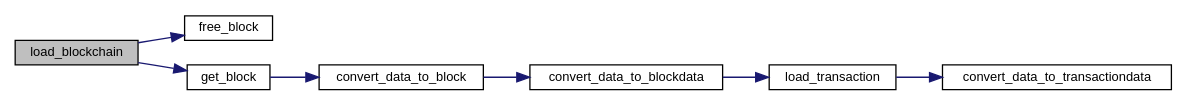
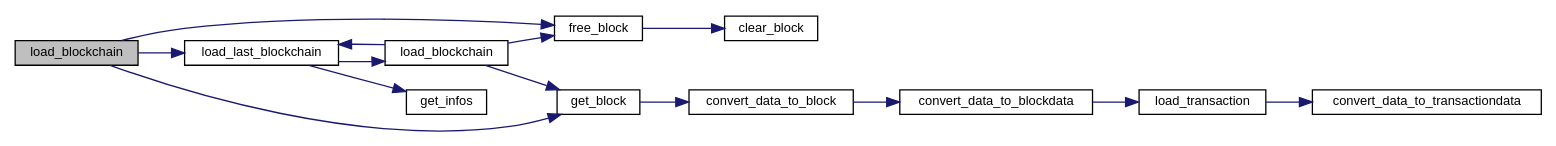
The diagram in docs/documentation/block_8h_a7acee00b67ed21663a5b05242acc822d_cgraph.dot (nathan-rabet/PEPITAS-Cryptocurrency), drawn with Graphviz before and after one commit. The commit also changed 1013 other files, not shown here.

```diff
--- a/docs/documentation/block_8h_a7acee00b67ed21663a5b05242acc822d_cgraph.dot
+++ b/docs/documentation/block_8h_a7acee00b67ed21663a5b05242acc822d_cgraph.dot
@@ -1,20 +1,31 @@
 digraph "load_blockchain"
 {
  // LATEX_PDF_SIZE
   edge [fontname="Helvetica",fontsize="10",labelfontname="Helvetica",labelfontsize="10"];
   node [fontname="Helvetica",fontsize="10",shape=record];
   rankdir="LR";
   Node1 [label="load_blockchain",height=0.2,width=0.4,color="black", fillcolor="grey75", style="filled", fontcolor="black",tooltip="Loads a blockchain object with a padding of 'nb_chunk'."];
   Node1 -> Node2 [color="midnightblue",fontsize="10",style="solid",fontname="Helvetica"];
   Node2 [label="free_block",height=0.2,width=0.4,color="black", fillcolor="white", style="filled",URL="$block_8c.html#a3eb417f7cce88e8ec69d6974cd25e49f",tooltip="Free a block struct."];
-  Node1 -> Node3 [color="midnightblue",fontsize="10",style="solid",fontname="Helvetica"];
-  Node3 [label="get_block",height=0.2,width=0.4,color="black", fillcolor="white", style="filled",URL="$block_8c.html#a32140266e4b385f64860944a5edd0153",tooltip="Get a block object."];
-  Node3 -> Node4 [color="midnightblue",fontsize="10",style="solid",fontname="Helvetica"];
-  Node4 [label="convert_data_to_block",height=0.2,width=0.4,color="black", fillcolor="white", style="filled",URL="$block_8c.html#ada1355f8610cc450d7c8f662dc6a7aef",tooltip=" "];
+  Node2 -> Node3 [color="midnightblue",fontsize="10",style="solid",fontname="Helvetica"];
+  Node3 [label="clear_block",height=0.2,width=0.4,color="black", fillcolor="white", style="filled",URL="$block_8c.html#a3beaf10afd57aec50225774ba2a21680",tooltip=" "];
+  Node1 -> Node4 [color="midnightblue",fontsize="10",style="solid",fontname="Helvetica"];
+  Node4 [label="get_block",height=0.2,width=0.4,color="black", fillcolor="white", style="filled",URL="$block_8c.html#a32140266e4b385f64860944a5edd0153",tooltip="Get a block object."];
   Node4 -> Node5 [color="midnightblue",fontsize="10",style="solid",fontname="Helvetica"];
-  Node5 [label="convert_data_to_blockdata",height=0.2,width=0.4,color="black", fillcolor="white", style="filled",URL="$block_8c.html#afcda50ce8deb3b381aeb5b88689f919f",tooltip=" "];
+  Node5 [label="convert_data_to_block",height=0.2,width=0.4,color="black", fillcolor="white", style="filled",URL="$block_8c.html#ada1355f8610cc450d7c8f662dc6a7aef",tooltip=" "];
   Node5 -> Node6 [color="midnightblue",fontsize="10",style="solid",fontname="Helvetica"];
-  Node6 [label="load_transaction",height=0.2,width=0.4,color="black", fillcolor="white", style="filled",URL="$transaction_8h.html#a4f4e33641ff7466e848182ce420827b6",tooltip=" "];
+  Node6 [label="convert_data_to_blockdata",height=0.2,width=0.4,color="black", fillcolor="white", style="filled",URL="$block_8c.html#afcda50ce8deb3b381aeb5b88689f919f",tooltip=" "];
   Node6 -> Node7 [color="midnightblue",fontsize="10",style="solid",fontname="Helvetica"];
-  Node7 [label="convert_data_to_transactiondata",height=0.2,width=0.4,color="black", fillcolor="white", style="filled",URL="$transaction_8c.html#a8649ee7d98b5b34c64efa31e274f2534",tooltip=" "];
+  Node7 [label="load_transaction",height=0.2,width=0.4,color="black", fillcolor="white", style="filled",URL="$transaction_8h.html#a4f4e33641ff7466e848182ce420827b6",tooltip=" "];
+  Node7 -> Node8 [color="midnightblue",fontsize="10",style="solid",fontname="Helvetica"];
+  Node8 [label="convert_data_to_transactiondata",height=0.2,width=0.4,color="black", fillcolor="white", style="filled",URL="$transaction_8c.html#a8649ee7d98b5b34c64efa31e274f2534",tooltip=" "];
+  Node1 -> Node9 [color="midnightblue",fontsize="10",style="solid",fontname="Helvetica"];
+  Node9 [label="load_last_blockchain",height=0.2,width=0.4,color="black", fillcolor="white", style="filled",URL="$block_8c.html#a4ece7b96ab33761bf1d33f1e8b766ceb",tooltip="Load the last local blockchain chunk."];
+  Node9 -> Node10 [color="midnightblue",fontsize="10",style="solid",fontname="Helvetica"];
+  Node10 [label="get_infos",height=0.2,width=0.4,color="black", fillcolor="white", style="filled",URL="$client_8h.html#a480459f3451fa57a66df548ca0b408e3",tooltip=" "];
+  Node9 -> Node11 [color="midnightblue",fontsize="10",style="solid",fontname="Helvetica"];
+  Node11 [label="load_blockchain",height=0.2,width=0.4,color="black", fillcolor="white", style="filled",URL="$block_8c.html#a7acee00b67ed21663a5b05242acc822d",tooltip="Loads a blockchain object with a padding of 'nb_chunk'."];
+  Node11 -> Node2 [color="midnightblue",fontsize="10",style="solid",fontname="Helvetica"];
+  Node11 -> Node4 [color="midnightblue",fontsize="10",style="solid",fontname="Helvetica"];
+  Node11 -> Node9 [color="midnightblue",fontsize="10",style="solid",fontname="Helvetica"];
 }
```
